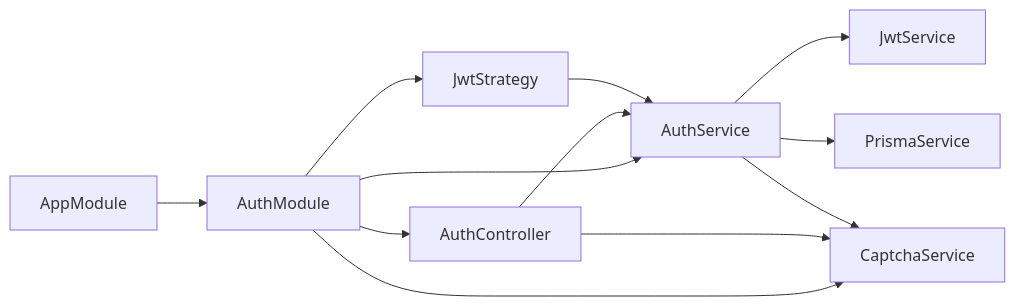
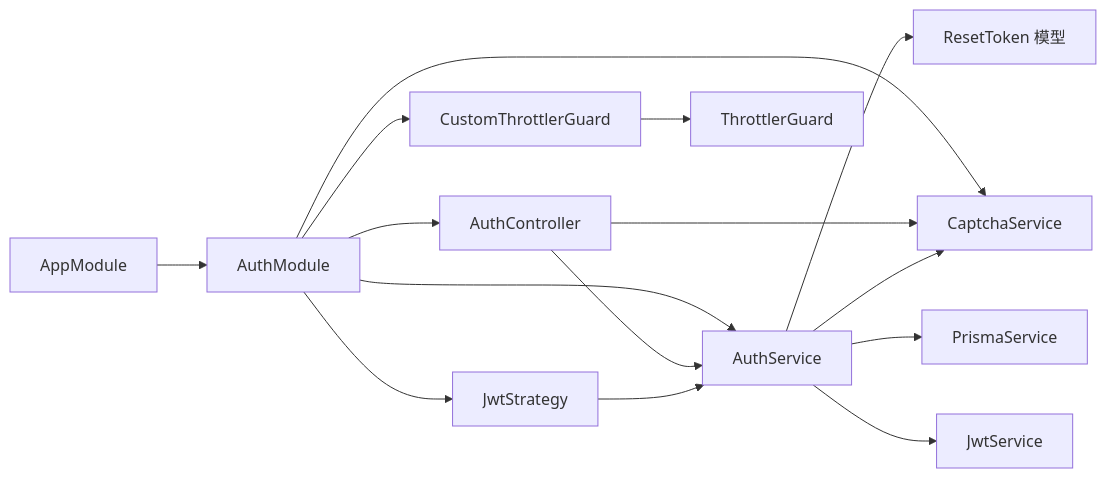
Diagram 12 of 12 in .qoder/repowiki/zh/content/后端开发指南/核心模块详解/认证模块.md (lsqwawa/free-dress), drawn with Mermaid before and after one commit. The commit also changed other lines of this file and 62 other files, not shown here.

````diff
--- a/.qoder/repowiki/zh/content/后端开发指南/核心模块详解/认证模块.md
+++ b/.qoder/repowiki/zh/content/后端开发指南/核心模块详解/认证模块.md
@@ -370,14 +498,17 @@
 ```mermaid
 graph LR
 AppModule["AppModule"] --> AuthModule["AuthModule"]
 AuthModule --> AuthController["AuthController"]
 AuthModule --> AuthService["AuthService"]
 AuthModule --> JwtStrategy["JwtStrategy"]
 AuthModule --> CaptchaService["CaptchaService"]
+AuthModule --> CustomThrottlerGuard["CustomThrottlerGuard"]
 AuthController --> AuthService
 AuthController --> CaptchaService
 AuthService --> JwtService["JwtService"]
 AuthService --> PrismaService["PrismaService"]
 AuthService --> CaptchaService
+AuthService --> ResetToken["ResetToken 模型"]
 JwtStrategy --> AuthService
+CustomThrottlerGuard --> ThrottlerGuard["ThrottlerGuard"]
 ```
````
